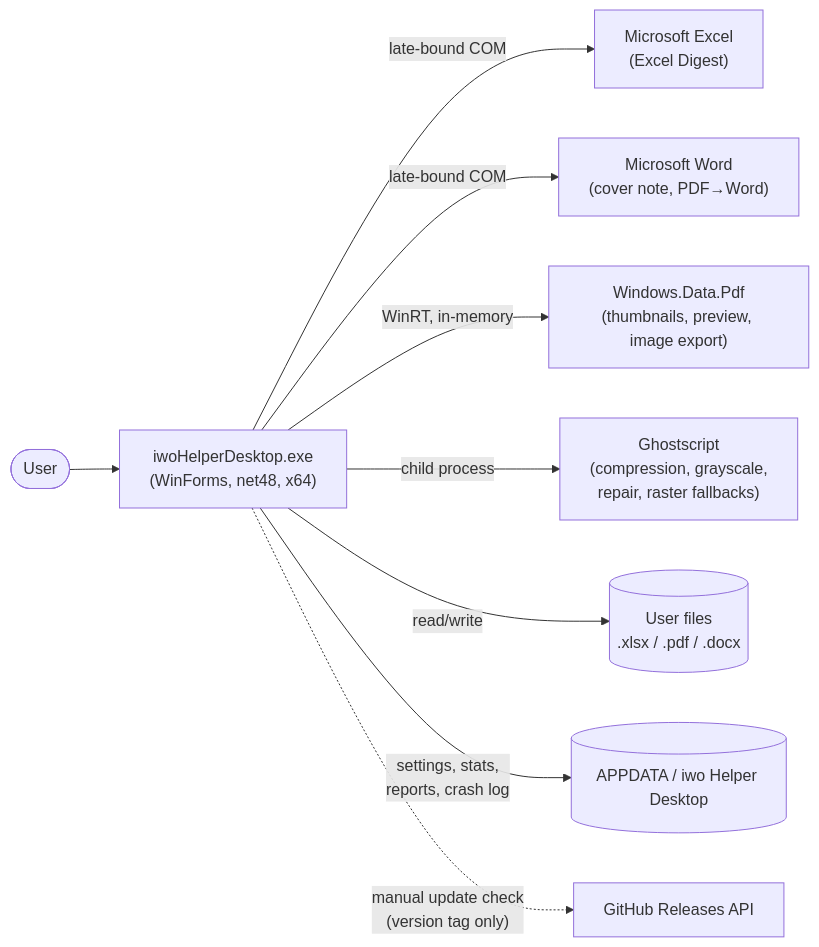
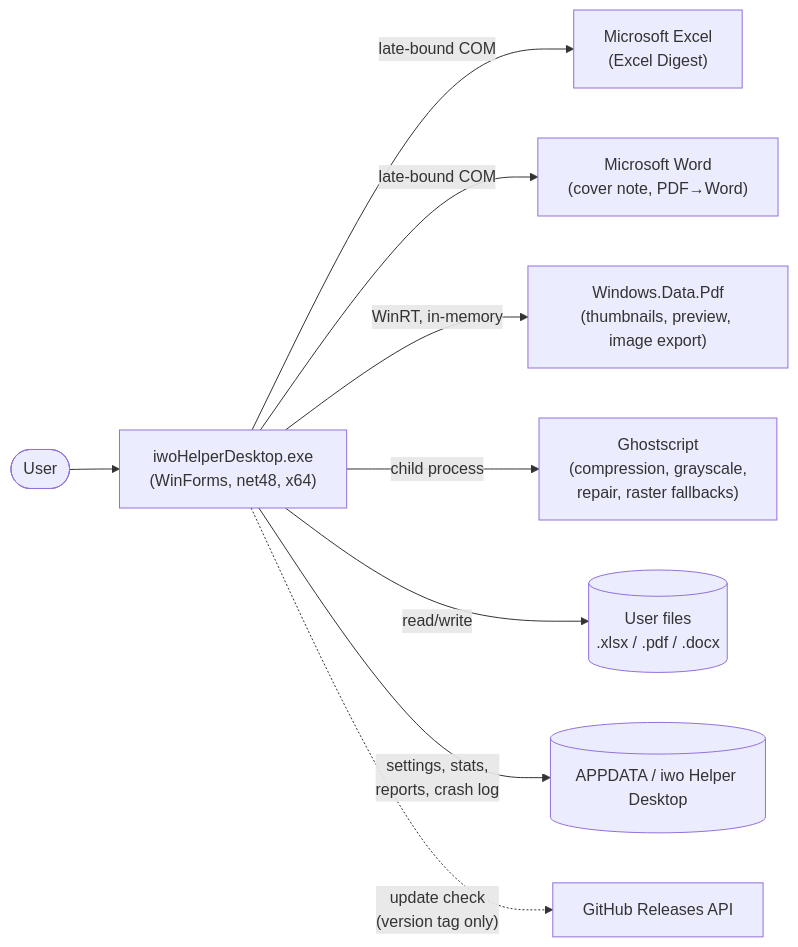
The first of 3 diagrams in docs/ARCHITECTURE.md (DedovMosol/iwoHelperDesktop), drawn with Mermaid before and after one commit. The commit also changed other lines of this file and 1 other file, not shown here.

````diff
--- a/docs/ARCHITECTURE.md
+++ b/docs/ARCHITECTURE.md
@@ -65,11 +67,11 @@
 ```mermaid
 flowchart LR
     U(["User"]) --> APP["iwoHelperDesktop.exe<br>(WinForms, net48, x64)"]
     APP -->|"late-bound COM"| XL["Microsoft Excel<br>(Excel Digest)"]
     APP -->|"late-bound COM"| WD["Microsoft Word<br>(cover note, PDF→Word)"]
     APP -->|"WinRT, in-memory"| RT["Windows.Data.Pdf<br>(thumbnails, preview, image export)"]
     APP -->|"child process"| GS["Ghostscript<br>(compression, grayscale,<br>repair, raster fallbacks)"]
     APP -->|"read/write"| FS[("User files<br>.xlsx / .pdf / .docx")]
     APP -->|"settings, stats,<br>reports, crash log"| AD[("APPDATA / iwo Helper Desktop")]
-    APP -.->|"manual update check<br>(version tag only)"| GH["GitHub Releases API"]
+    APP -.->|"update check<br>(version tag only)"| GH["GitHub Releases API"]
 ```
````
